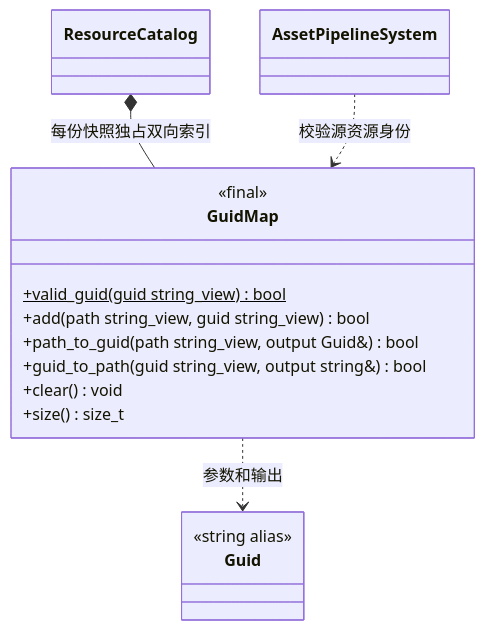
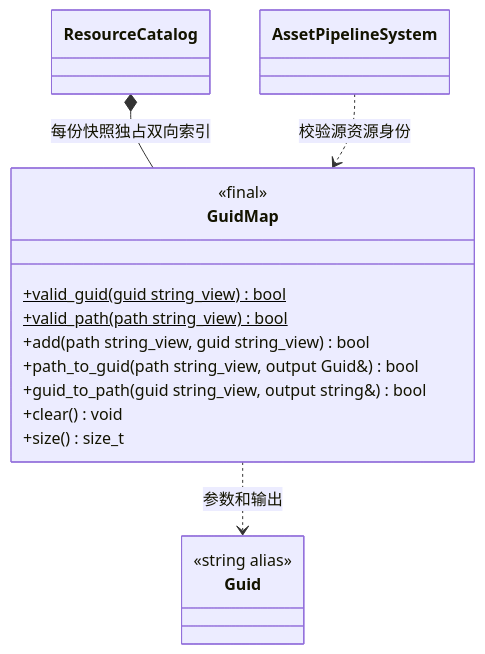
Before and after one commit to lcals/Engine: the diagram in docs/runtime/class-diagrams/guid-map.md, drawn with Mermaid. The commit also changed other lines of this file and 172 other files, not shown here.

````diff
--- a/docs/runtime/class-diagrams/guid-map.md
+++ b/docs/runtime/class-diagrams/guid-map.md
@@ -7,20 +7,21 @@
 ```mermaid
 classDiagram
     class GuidMap {
         <<final>>
         +valid_guid(guid string_view) bool$
+        +valid_path(path string_view) bool$
         +add(path string_view, guid string_view) bool
         +path_to_guid(path string_view, output Guid&) bool
         +guid_to_path(guid string_view, output string&) bool
         +clear() void
         +size() size_t
     }
     class Guid {
         <<string alias>>
     }
     class ResourceCatalog
     class AssetPipelineSystem
     GuidMap ..> Guid : 参数和输出
     ResourceCatalog *-- GuidMap : 每份快照独占双向索引
     AssetPipelineSystem ..> GuidMap : 校验源资源身份
 ```
````
